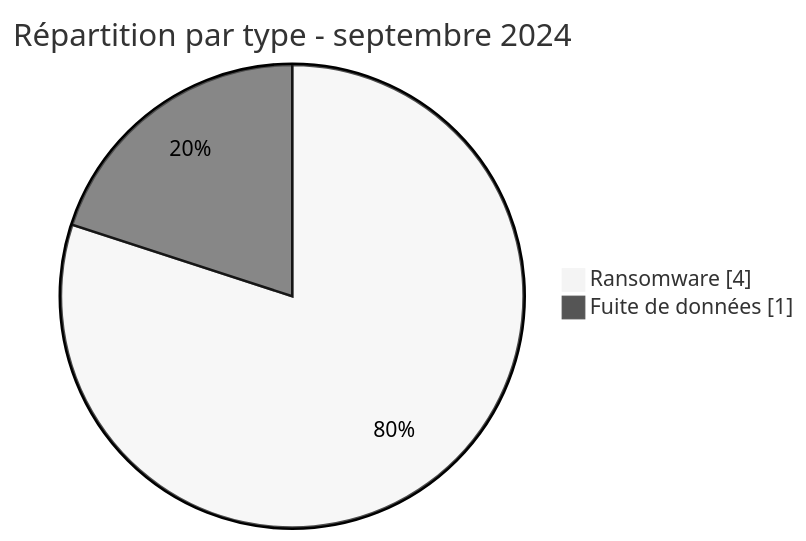
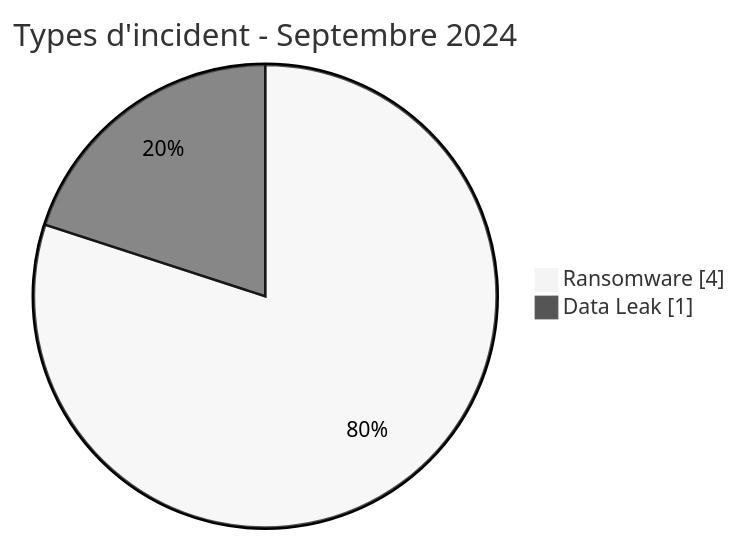
One commit to Hatchepsoute/AFRINTEL changed the first of 3 diagrams in CyberAttackAfrica/2024/09-september/README_FR.md. Above: the diagram before and after it, drawn with Mermaid (neutral theme). The commit also changed other lines of this file and 60 other files, not shown here.

````diff
--- a/CyberAttackAfrica/2024/09-september/README_FR.md
+++ b/CyberAttackAfrica/2024/09-september/README_FR.md
@@ -52,6 +56,6 @@
 ```mermaid
 pie showData
-    title Répartition par type - septembre 2024
+    title Types d'incident - Septembre 2024
     "Ransomware" : 4
-    "Fuite de données" : 1
+    "Data Leak" : 1
 ```
````
